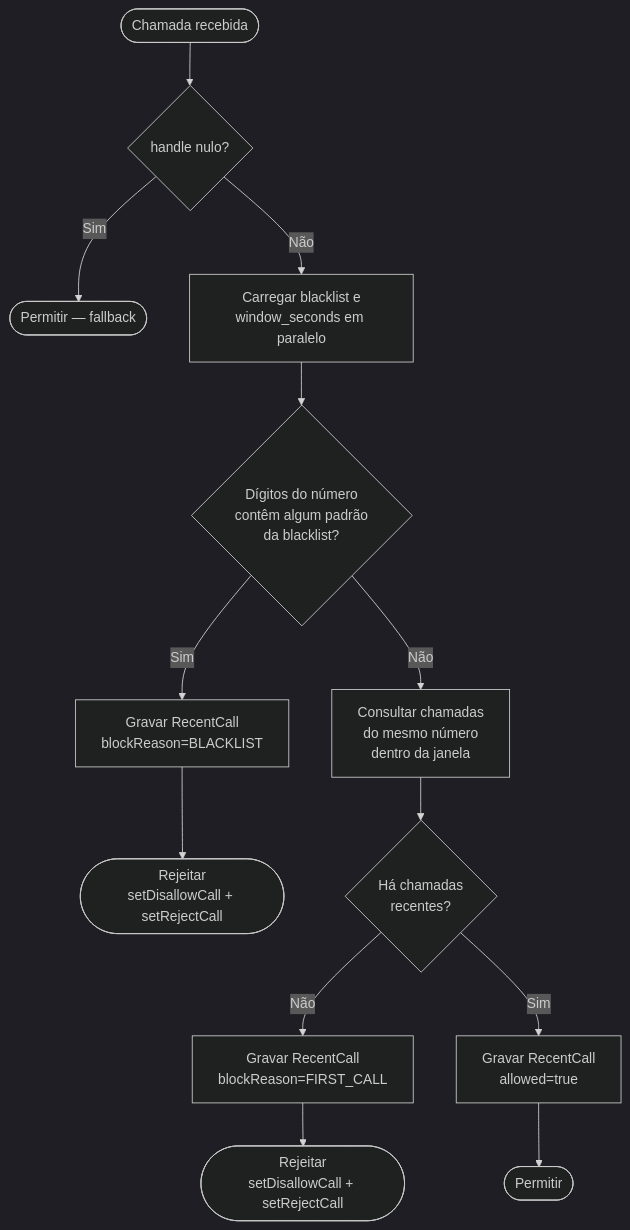
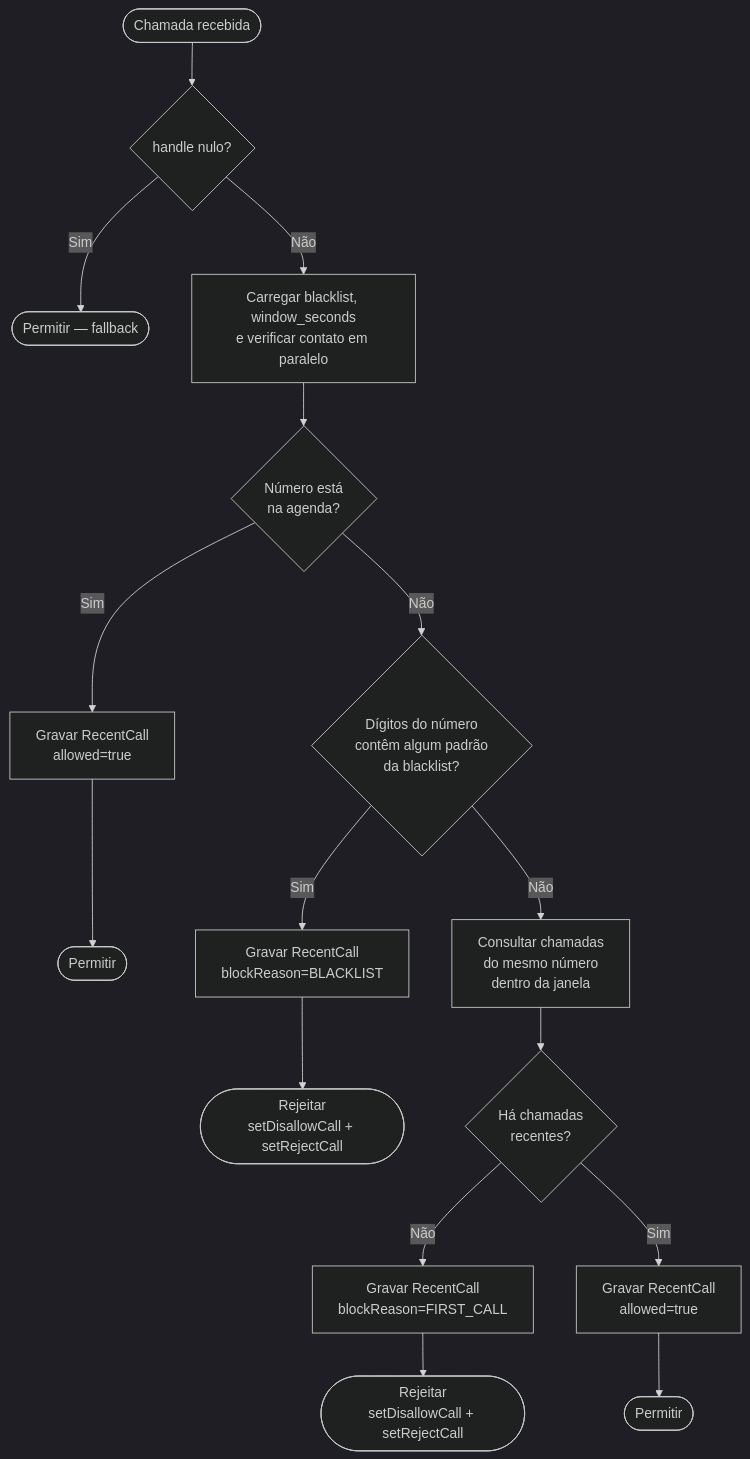
The first of 2 diagrams in ARCHITECTURE.md (acdcmaia/call-guard), drawn with Mermaid (dark theme) before and after one commit. The commit also changed other lines of this file and 4 other files, not shown here.

````diff
--- a/ARCHITECTURE.md
+++ b/ARCHITECTURE.md
@@ -112,15 +118,18 @@
 ```mermaid
 flowchart TD
     A([Chamada recebida]) --> B{handle nulo?}
     B -- Sim --> Z1([Permitir — fallback])
-    B -- Não --> C[Carregar blacklist e\nwindow_seconds em paralelo]
-    C --> D{Dígitos do número\ncontêm algum padrão\nda blacklist?}
+    B -- Não --> C[Carregar blacklist, window_seconds\ne verificar contato em paralelo]
+    C --> CK{Número está\nna agenda?}
+    CK -- Sim --> ZC[Gravar RecentCall\nallowed=true]
+    ZC --> Z5([Permitir])
+    CK -- Não --> D{Dígitos do número\ncontêm algum padrão\nda blacklist?}
     D -- Sim --> E[Gravar RecentCall\nblockReason=BLACKLIST]
     E --> Z2([Rejeitar\nsetDisallowCall + setRejectCall])
     D -- Não --> F[Consultar chamadas\ndo mesmo número\ndentro da janela]
     F --> G{Há chamadas\nrecentes?}
     G -- Não --> H[Gravar RecentCall\nblockReason=FIRST_CALL]
     H --> Z3([Rejeitar\nsetDisallowCall + setRejectCall])
     G -- Sim --> I[Gravar RecentCall\nallowed=true]
     I --> Z4([Permitir])
 ```
````
